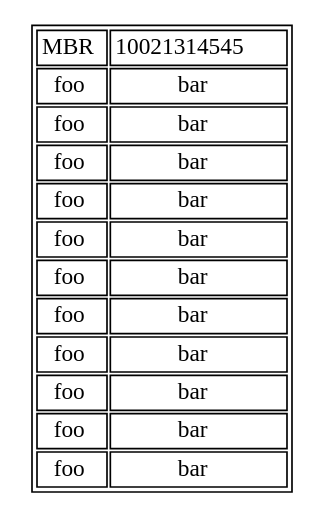
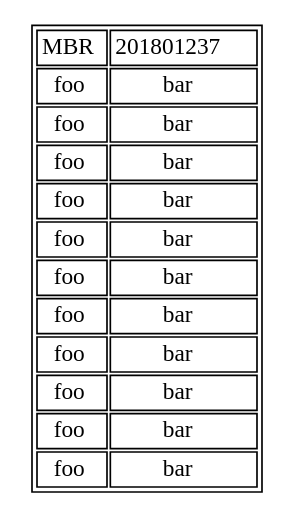
Before and after one commit to JoseMorente98/MIA-Proyecto-1: the diagram in Reportes/mbr.dot, drawn with Graphviz. The commit also changed 16 other files, not shown here.

```diff
--- a/Reportes/mbr.dot
+++ b/Reportes/mbr.dot
@@ -1,27 +1,27 @@
 digraph {
 
   tbl [
 
     shape=plaintext
     label=<
 
       <table border='1' cellborder='1'>
-        <tr><td>MBR</td><td>10021314545</td></tr>
+        <tr><td>MBR</td><td>201801237</td></tr>
         <tr><td>foo</td><td>bar</td></tr>
         <tr><td>foo</td><td>bar</td></tr>
         <tr><td>foo</td><td>bar</td></tr>
         <tr><td>foo</td><td>bar</td></tr>
         <tr><td>foo</td><td>bar</td></tr>
         <tr><td>foo</td><td>bar</td></tr>
         <tr><td>foo</td><td>bar</td></tr>
         <tr><td>foo</td><td>bar</td></tr>
         <tr><td>foo</td><td>bar</td></tr>
         <tr><td>foo</td><td>bar</td></tr>
         <tr><td>foo</td><td>bar</td></tr>
         
 
       </table>
 
     >];
 
 }
```
